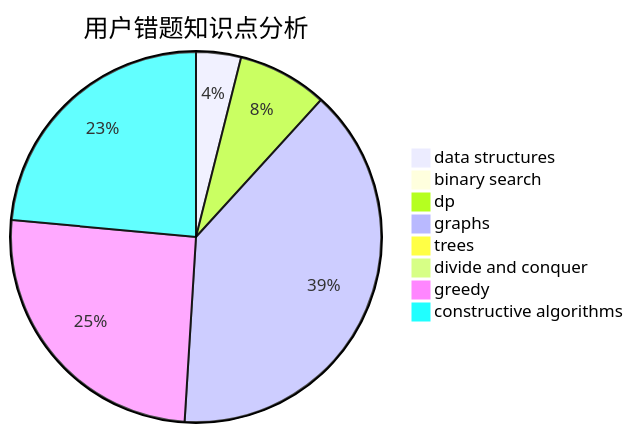
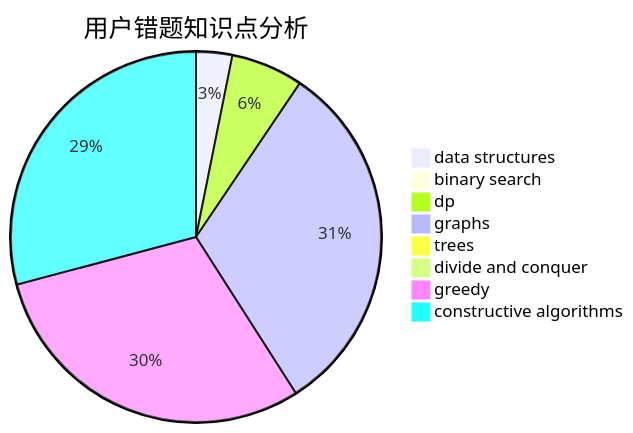
The third of 3 diagrams in docs/user/u2544.md (sherpahu/cfrs.github.io), drawn with Mermaid before and after one commit. The commit also changed other lines of this file and 2770 other files, not shown here.

````diff
--- a/docs/user/u2544.md
+++ b/docs/user/u2544.md
@@ -36,11 +36,11 @@
 ```mermaid
 pie title 用户错题知识点分析
     "data structures" :  4
     "binary search" :  1
     "dp" :  8
     "graphs" :  40
     "trees" :  0
     "divide and conquer" :  0
-    "greedy" :  26
-    "constructive algorithms" :  24
+    "greedy" :  38
+    "constructive algorithms" :  37
 ```
````
